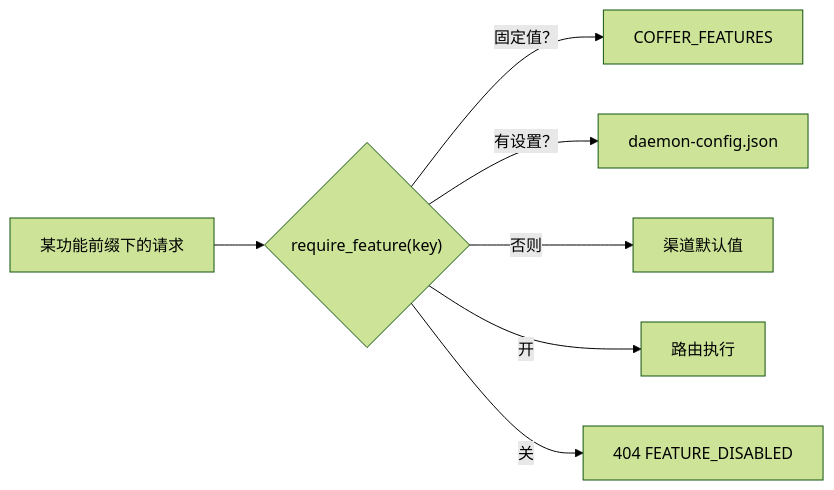
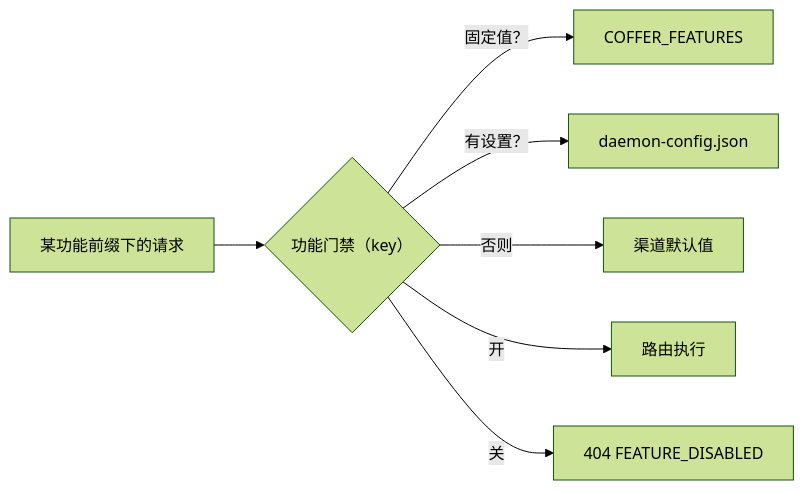
The third of 4 diagrams in docs-site/zh/architecture/distribution.md (wyx-sg/Coffer), drawn with Mermaid (forest theme) before and after one commit. The commit also changed other lines of this file and 29 other files, not shown here.

First line of the commit message:
docs(site): explain the architecture in plain terms, without source detail

````diff
--- a/docs-site/zh/architecture/distribution.md
+++ b/docs-site/zh/architecture/distribution.md
@@ -185,9 +181,9 @@
 ```mermaid
 flowchart LR
-    Q["某功能前缀下的请求"] --> G{"require_feature(key)"}
+    Q["某功能前缀下的请求"] --> G{"功能门禁（key）"}
     G -->|固定值？| P["COFFER_FEATURES"]
     G -->|有设置？| S["daemon-config.json"]
     G -->|否则| C["渠道默认值"]
     G -->|开| R["路由执行"]
     G -->|关| X["404 FEATURE_DISABLED"]
 ```
````
